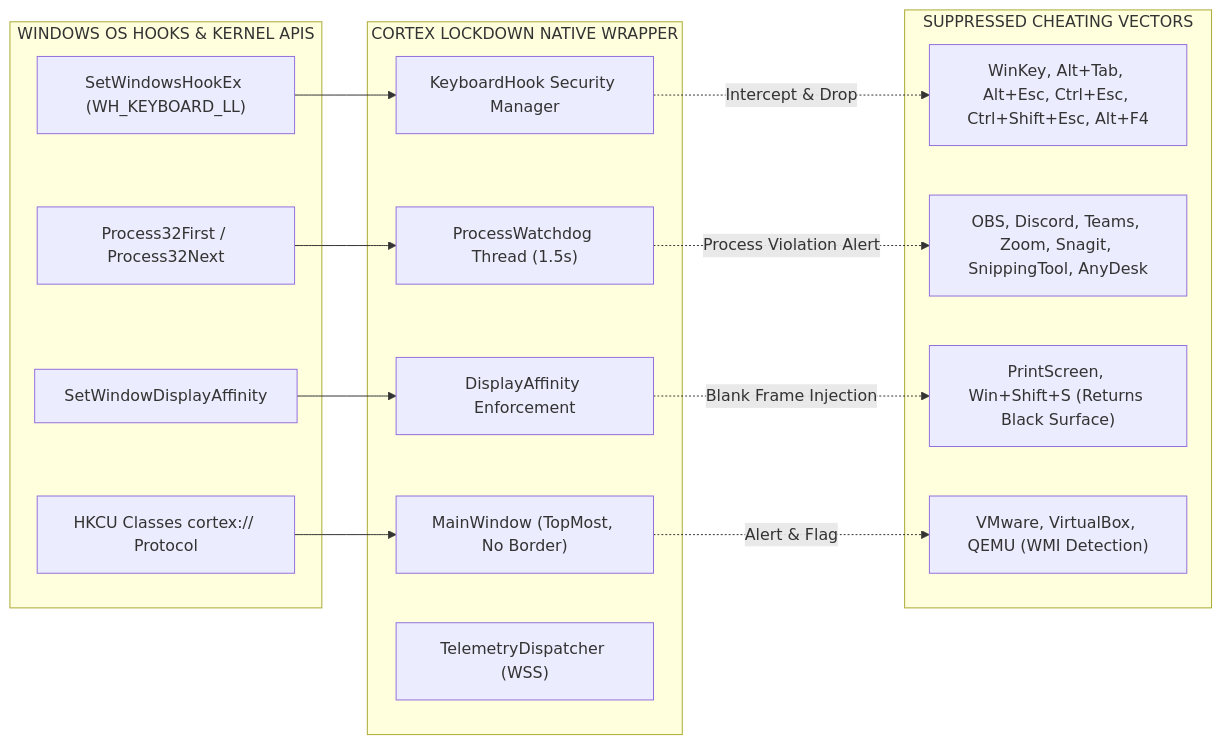
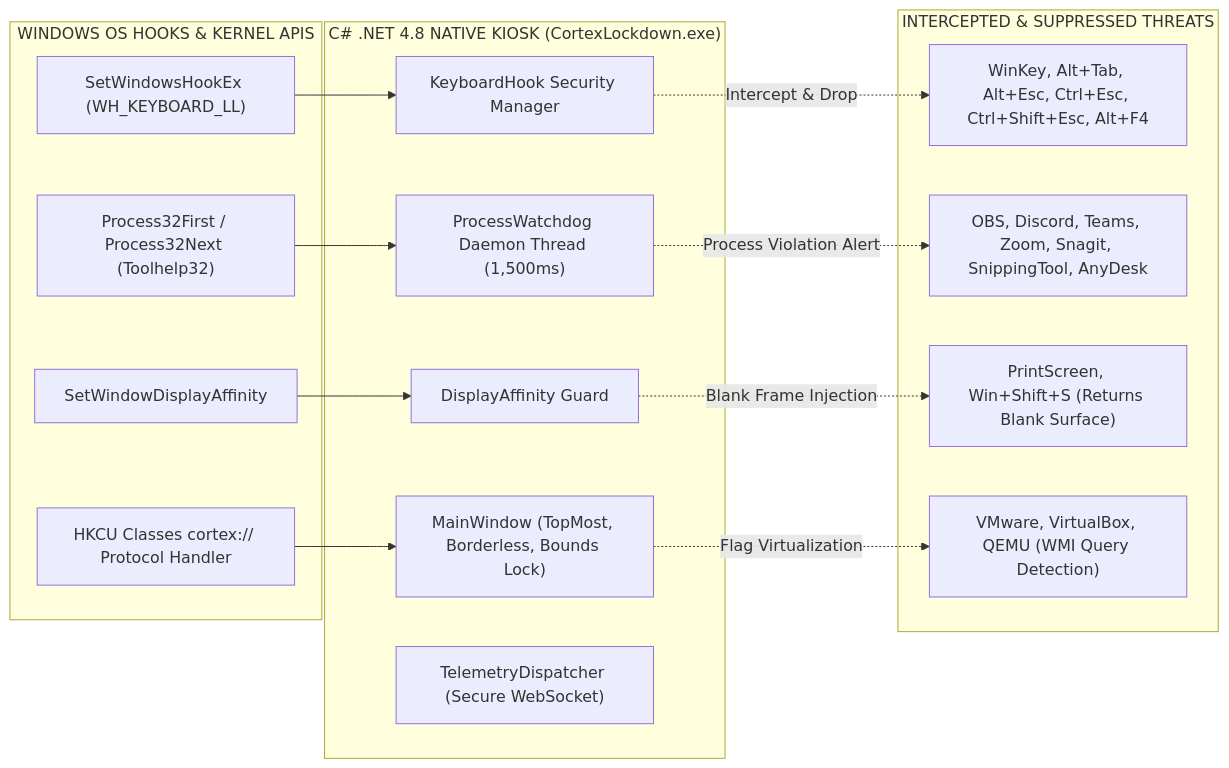
The third of 4 diagrams in README.md (shivampatilck-1010/cortex-code-platform), drawn with Mermaid before and after one commit. The commit also changed other lines of this file and 3 other files, not shown here.

Commit message:
docs: Expand README with exhaustive 8-pillar architecture, classroom virtual labs, and student project teams studio

````diff
--- a/README.md
+++ b/README.md
@@ -82,34 +179,34 @@
 ```mermaid
 flowchart LR
     subgraph OSBoundary["WINDOWS OS HOOKS & KERNEL APIS"]
         WinHook["SetWindowsHookEx (WH_KEYBOARD_LL)"]
         WinAffinity["SetWindowDisplayAffinity"]
-        ProcEnum["Process32First / Process32Next"]
-        RegHandler["HKCU Classes cortex:// Protocol"]
+        ProcEnum["Process32First / Process32Next (Toolhelp32)"]
+        RegProtocol["HKCU Classes cortex:// Protocol Handler"]
     end
 
-    subgraph HostContainer["CORTEX LOCKDOWN NATIVE WRAPPER"]
-        KioskForm["MainWindow (TopMost, No Border)"]
-        HookManager["KeyboardHook Security Manager"]
-        AffinityGuard["DisplayAffinity Enforcement"]
-        Watchdog["ProcessWatchdog Thread (1.5s)"]
-        Telemetry["TelemetryDispatcher (WSS)"]
+    subgraph HostContainer["C# .NET 4.8 NATIVE KIOSK (CortexLockdown.exe)"]
+        KioskForm["MainWindow (TopMost, Borderless, Bounds Lock)"]
+        HookMgr["KeyboardHook Security Manager"]
+        AffinityGuard["DisplayAffinity Guard"]
+        Watchdog["ProcessWatchdog Daemon Thread (1,500ms)"]
+        Telemetry["TelemetryDispatcher (Secure WebSocket)"]
     end
 
-    subgraph BlockedVectors["SUPPRESSED CHEATING VECTORS"]
+    subgraph SuppressedVectors["INTERCEPTED & SUPPRESSED THREATS"]
         Hotkeys["WinKey, Alt+Tab, Alt+Esc, Ctrl+Esc, Ctrl+Shift+Esc, Alt+F4"]
         Recorders["OBS, Discord, Teams, Zoom, Snagit, SnippingTool, AnyDesk"]
-        Grabs["PrintScreen, Win+Shift+S (Returns Black Surface)"]
-        VMs["VMware, VirtualBox, QEMU (WMI Detection)"]
+        Grabs["PrintScreen, Win+Shift+S (Returns Blank Surface)"]
+        VMs["VMware, VirtualBox, QEMU (WMI Query Detection)"]
     end
 
-    WinHook --> HookManager
+    WinHook --> HookMgr
     WinAffinity --> AffinityGuard
     ProcEnum --> Watchdog
-    RegHandler --> KioskForm
+    RegProtocol --> KioskForm
 
-    HookManager -.->|Intercept & Drop| Hotkeys
+    HookMgr -.->|Intercept & Drop| Hotkeys
     AffinityGuard -.->|Blank Frame Injection| Grabs
     Watchdog -.->|Process Violation Alert| Recorders
-    KioskForm -.->|Alert & Flag| VMs
+    KioskForm -.->|Flag Virtualization| VMs
 ```
````
